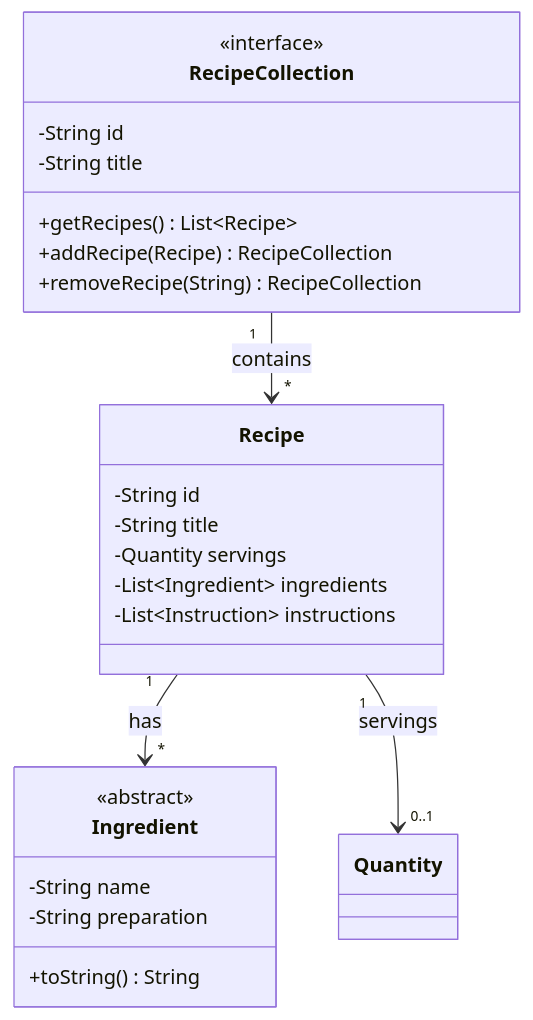
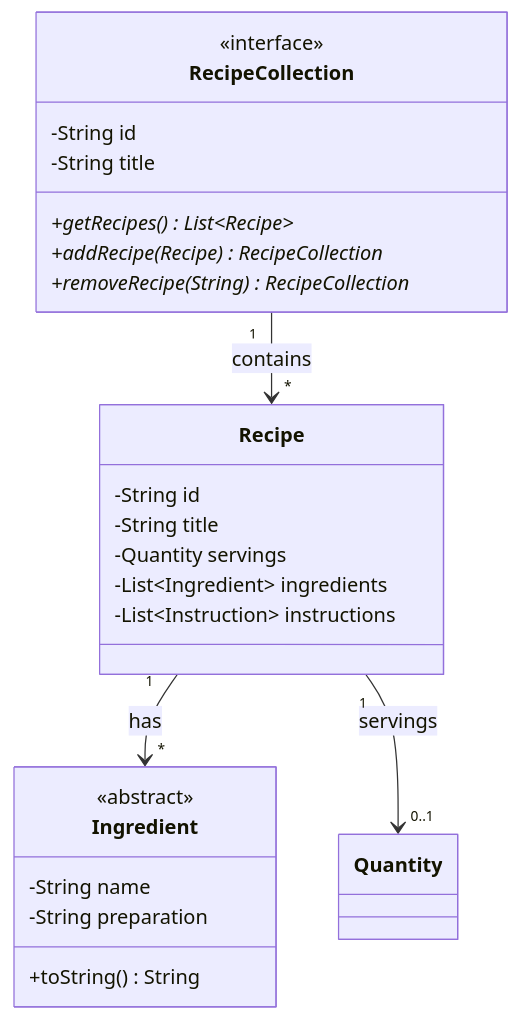
Before and after one commit to neu-pdi/cs3100-public-resources: the fifth of 7 diagrams in lecture-slides/l14-program-understanding.mdx, drawn with Mermaid. The commit also changed other lines of this file, not shown here.

````diff
--- a/lecture-slides/l14-program-understanding.mdx
+++ b/lecture-slides/l14-program-understanding.mdx
@@ -830,30 +848,31 @@
 ```mermaid
 classDiagram
     class RecipeCollection {
         <<interface>>
         -String id
         -String title
-        +getRecipes() List~Recipe~
-        +addRecipe(Recipe) RecipeCollection
-        +removeRecipe(String) RecipeCollection
+        +getRecipes() List~Recipe~*
+        +addRecipe(Recipe) RecipeCollection*
+        +removeRecipe(String) RecipeCollection*
     }
 
     class Recipe {
         -String id
         -String title
         -Quantity servings
         -List~Ingredient~ ingredients
         -List~Instruction~ instructions
     }
 
     class Ingredient {
         <<abstract>>
         -String name
         -String preparation
         +toString() String
     }
 
     RecipeCollection "1" --> "*" Recipe : contains
     Recipe "1" --> "*" Ingredient : has
     Recipe "1" --> "0..1" Quantity : servings
+    style SourceType fill:#2d4a5a,stroke:#4ac,stroke-width:2px,stroke-dasharray: 5 5
 ```
````
